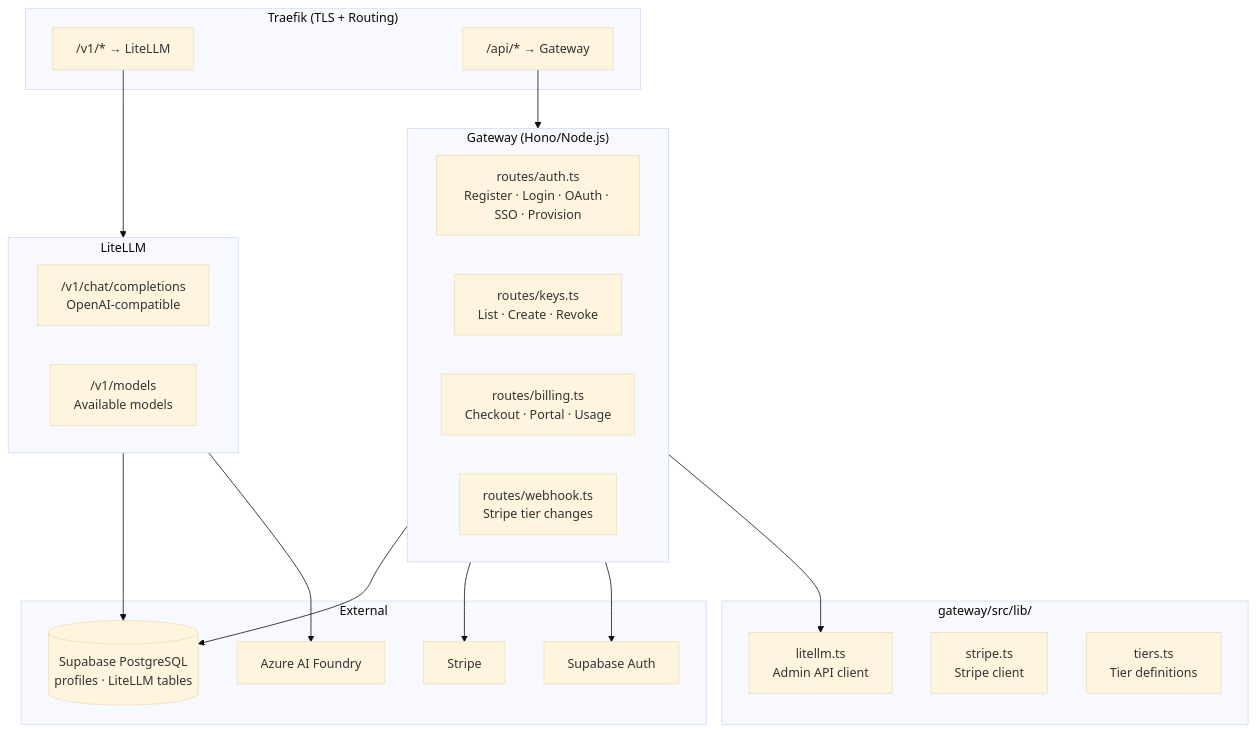
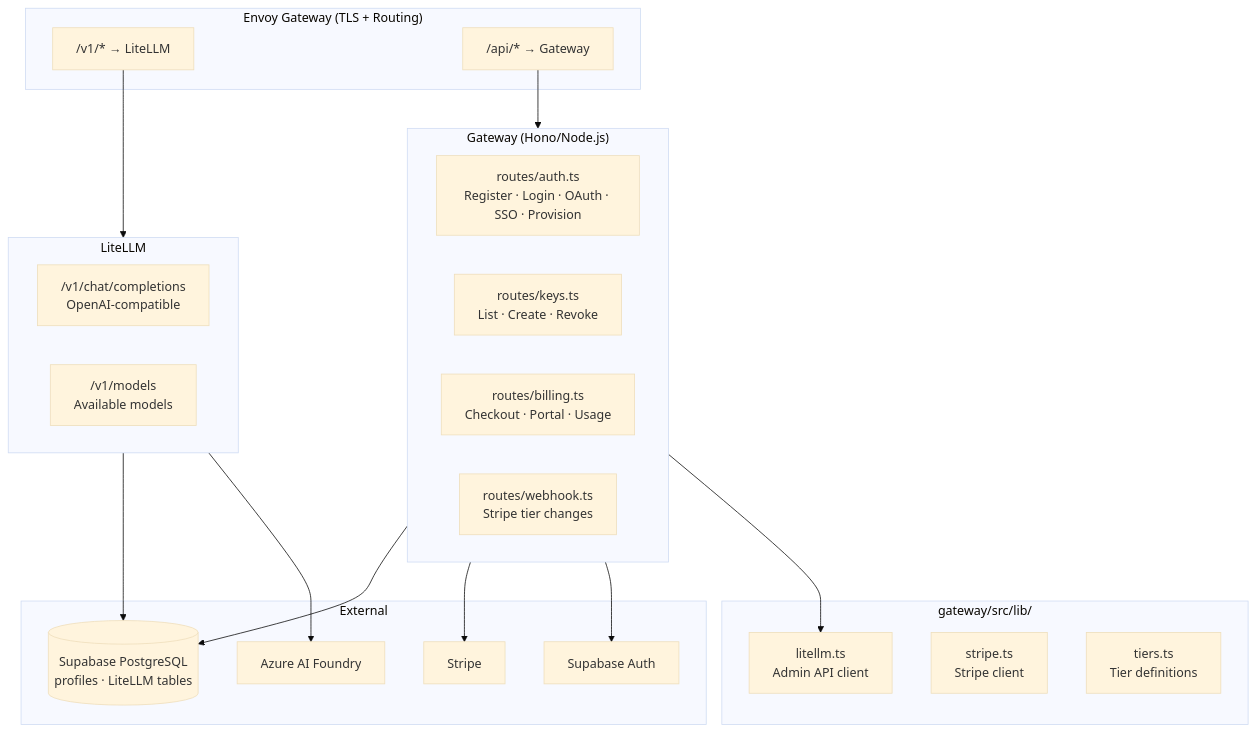
One commit to lmthing/lmthing changed the fourth of 6 diagrams in CLAUDE.md. Above: the diagram before and after it, drawn with Mermaid (base theme). The commit also changed other lines of this file and 15 other files, not shown here.

First line of the commit message:
refactor: remove cloud components and documentation for streamlined architecture

````diff
--- a/CLAUDE.md
+++ b/CLAUDE.md
@@ -315,41 +315,41 @@
 ```mermaid
 graph TB
-    subgraph Traefik["Traefik (TLS + Routing)"]
+    subgraph EnvoyGW["Envoy Gateway (TLS + Routing)"]
         V1["/v1/* → LiteLLM"]
         API["/api/* → Gateway"]
     end
 
     subgraph LiteLLMSvc["LiteLLM"]
         Chat["/v1/chat/completions<br/>OpenAI-compatible"]
         Models["/v1/models<br/>Available models"]
     end
 
     subgraph GatewaySvc["Gateway (Hono/Node.js)"]
         AuthRoutes["routes/auth.ts<br/>Register · Login · OAuth · SSO · Provision"]
         KeyRoutes["routes/keys.ts<br/>List · Create · Revoke"]
         BillingRoutes["routes/billing.ts<br/>Checkout · Portal · Usage"]
         WebhookRoutes["routes/webhook.ts<br/>Stripe tier changes"]
     end
 
     subgraph Libs["gateway/src/lib/"]
         LiteLLMLib["litellm.ts<br/>Admin API client"]
         StripLib["stripe.ts<br/>Stripe client"]
         TiersLib["tiers.ts<br/>Tier definitions"]
     end
 
     subgraph External["External"]
         Azure["Azure AI Foundry"]
         SupaAuth["Supabase Auth"]
         Stripe["Stripe"]
         DB[("Supabase PostgreSQL<br/>profiles · LiteLLM tables")]
     end
 
     V1 --> LiteLLMSvc
     API --> GatewaySvc
     LiteLLMSvc --> Azure
     LiteLLMSvc --> DB
     GatewaySvc --> LiteLLMLib
     GatewaySvc --> SupaAuth
     GatewaySvc --> Stripe
     GatewaySvc --> DB
 ```
````
